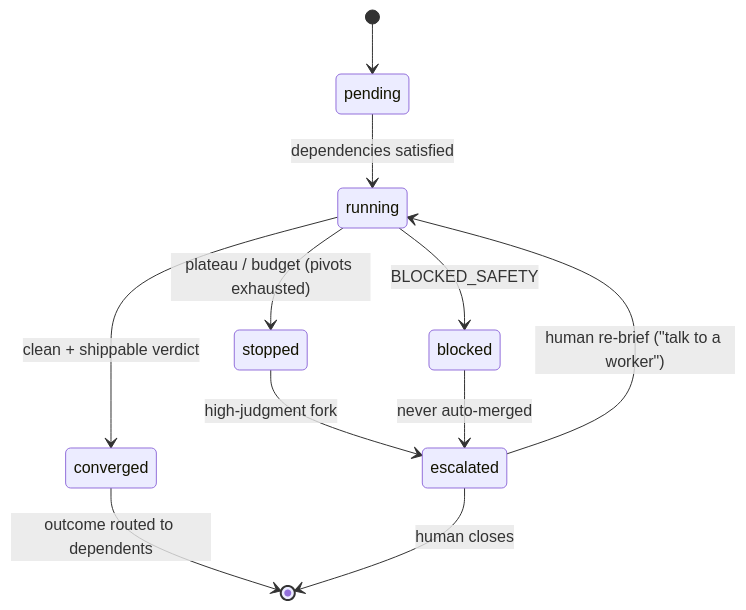
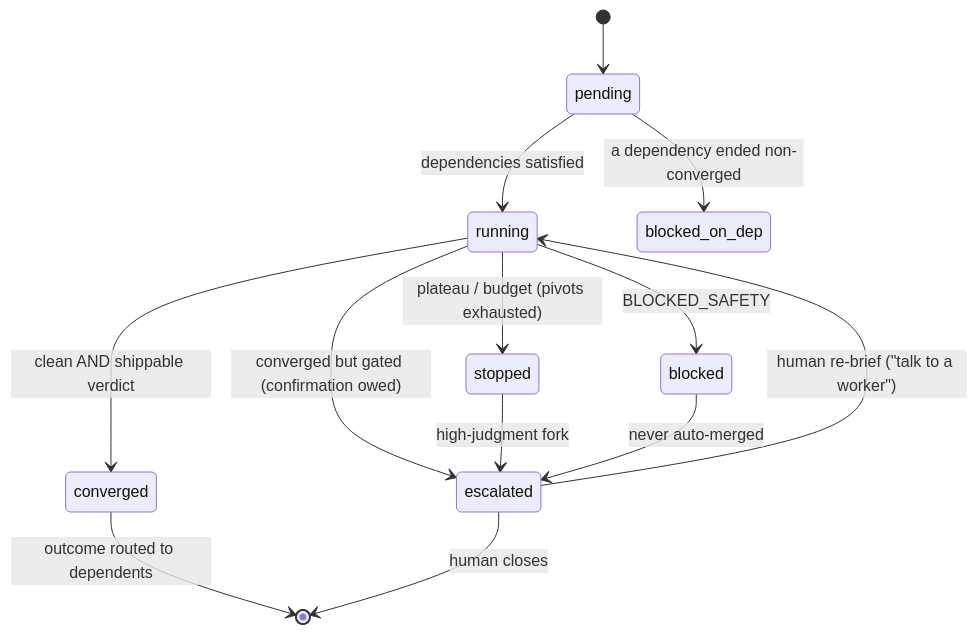
One commit to wjlgatech/loop-engineering-anything changed the second of 2 diagrams in docs/plans/2026-06-16-006-feat-fleet-orchestration-layer-plan.md. Above: the diagram before and after it, drawn with Mermaid. The commit also changed other lines of this file, not shown here.

````diff
--- a/docs/plans/2026-06-16-006-feat-fleet-orchestration-layer-plan.md
+++ b/docs/plans/2026-06-16-006-feat-fleet-orchestration-layer-plan.md
@@ -167,13 +205,15 @@
 ```mermaid
 stateDiagram-v2
     [*] --> pending
     pending --> running: dependencies satisfied
-    running --> converged: clean + shippable verdict
+    pending --> blocked_on_dep: a dependency ended non-converged
+    running --> converged: clean AND shippable verdict
+    running --> escalated: converged but gated (confirmation owed)
     running --> stopped: plateau / budget (pivots exhausted)
     running --> blocked: BLOCKED_SAFETY
     converged --> [*]: outcome routed to dependents
     stopped --> escalated: high-judgment fork
     blocked --> escalated: never auto-merged
     escalated --> running: human re-brief ("talk to a worker")
     escalated --> [*]: human closes
 ```
````
